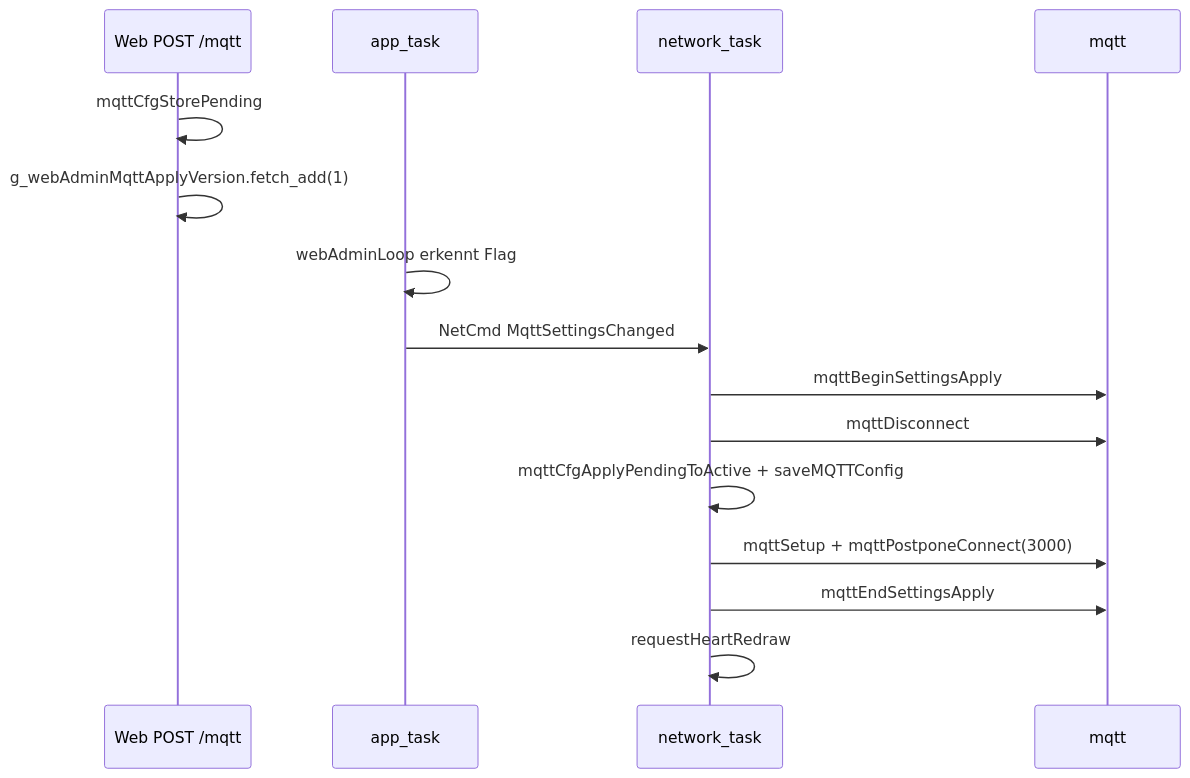
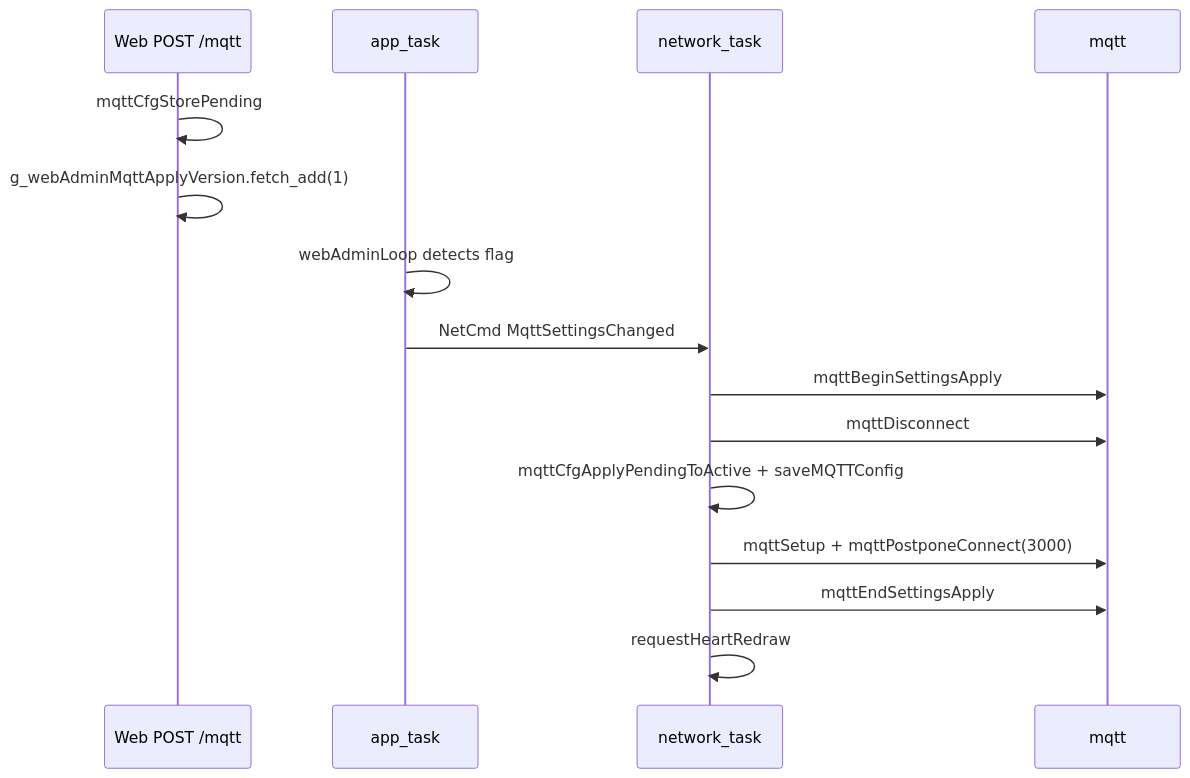
One commit to EyJunge1/chaya2mqtt changed the second of 2 diagrams in docs/MQTT.md. Above: the diagram before and after it, drawn with Mermaid. The commit also changed other lines of this file and 43 other files, not shown here.

````diff
--- a/docs/MQTT.md
+++ b/docs/MQTT.md
@@ -182,18 +182,18 @@
 ```mermaid
 sequenceDiagram
     participant W as Web POST /mqtt
     participant A as app_task
     participant N as network_task
     participant M as mqtt
 
     W->>W: mqttCfgStorePending
     W->>W: g_webAdminMqttApplyVersion.fetch_add(1)
-    A->>A: webAdminLoop erkennt Flag
+    A->>A: webAdminLoop detects flag
     A->>N: NetCmd MqttSettingsChanged
     N->>M: mqttBeginSettingsApply
     N->>M: mqttDisconnect
     N->>N: mqttCfgApplyPendingToActive + saveMQTTConfig
     N->>M: mqttSetup + mqttPostponeConnect(3000)
     N->>M: mqttEndSettingsApply
     N->>N: requestHeartRedraw
 ```
````
